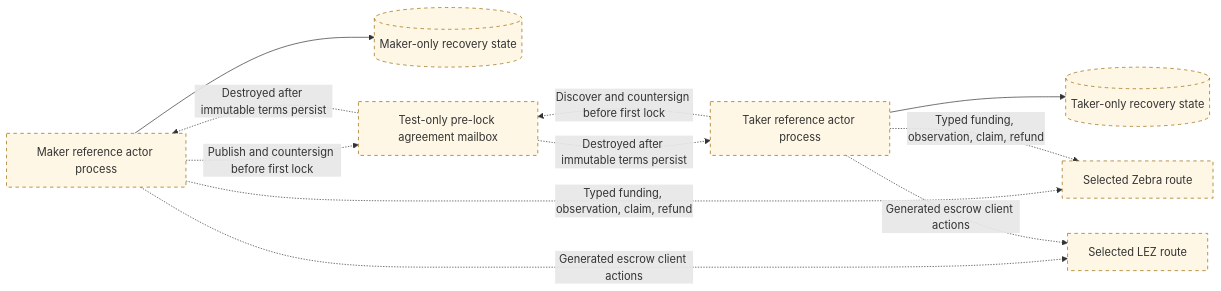
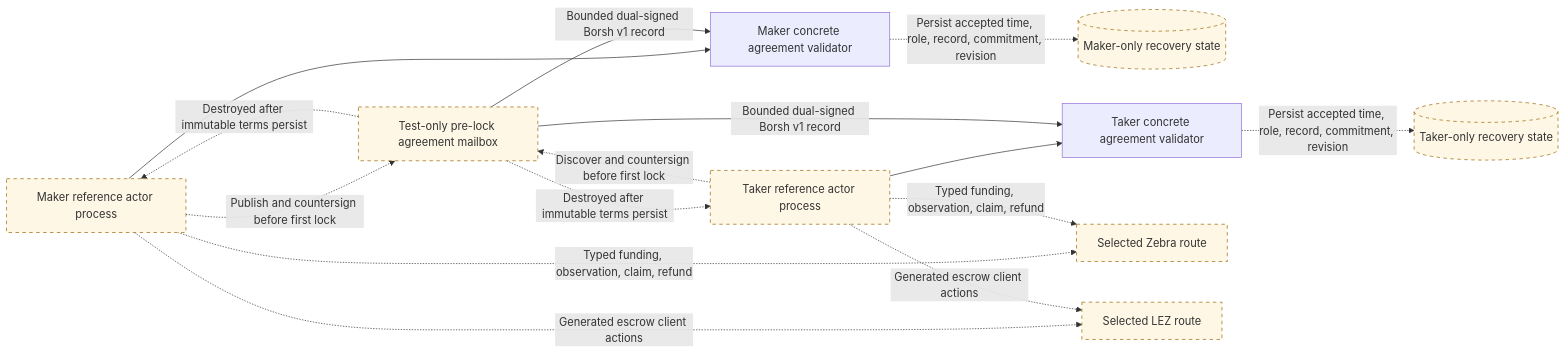
One commit to gateway-fm/lez-atomic-swaps changed the second of 4 diagrams in docs/architecture/deployment-components-and-rpcs.md. Above: the diagram before and after it, drawn with Mermaid. The commit also changed other lines of this file and 15 other files, not shown here.

Commit message:
feat: bind concrete LEZ ZEC agreement terms

````diff
--- a/docs/architecture/deployment-components-and-rpcs.md
+++ b/docs/architecture/deployment-components-and-rpcs.md
@@ -83,24 +83,30 @@
 ```mermaid
 flowchart LR
     Maker["Maker reference actor process"]
     Taker["Taker reference actor process"]
     MakerState[("Maker-only recovery state")]
     TakerState[("Taker-only recovery state")]
     Mailbox["Test-only pre-lock agreement mailbox"]
+    MakerValidator["Maker concrete agreement validator"]
+    TakerValidator["Taker concrete agreement validator"]
     Zebra["Selected Zebra route"]
     Lez["Selected LEZ route"]
 
-    Maker --> MakerState
-    Taker --> TakerState
+    Maker --> MakerValidator
+    Taker --> TakerValidator
+    MakerValidator -.->|"Persist accepted time, role, record, commitment, revision"| MakerState
+    TakerValidator -.->|"Persist accepted time, role, record, commitment, revision"| TakerState
     Maker -.->|"Publish and countersign before first lock"| Mailbox
     Taker -.->|"Discover and countersign before first lock"| Mailbox
+    Mailbox -->|"Bounded dual-signed Borsh v1 record"| MakerValidator
+    Mailbox -->|"Bounded dual-signed Borsh v1 record"| TakerValidator
     Maker -.->|"Typed funding, observation, claim, refund"| Zebra
     Taker -.->|"Typed funding, observation, claim, refund"| Zebra
     Maker -.->|"Generated escrow client actions"| Lez
     Taker -.->|"Generated escrow client actions"| Lez
     Mailbox -.->|"Destroyed after immutable terms persist"| Maker
     Mailbox -.->|"Destroyed after immutable terms persist"| Taker
 
     classDef planned stroke-dasharray: 5 5,fill:#fff7e6,stroke:#9a6700;
     class Maker,Taker,MakerState,TakerState,Mailbox,Zebra,Lez planned;
 ```
````
